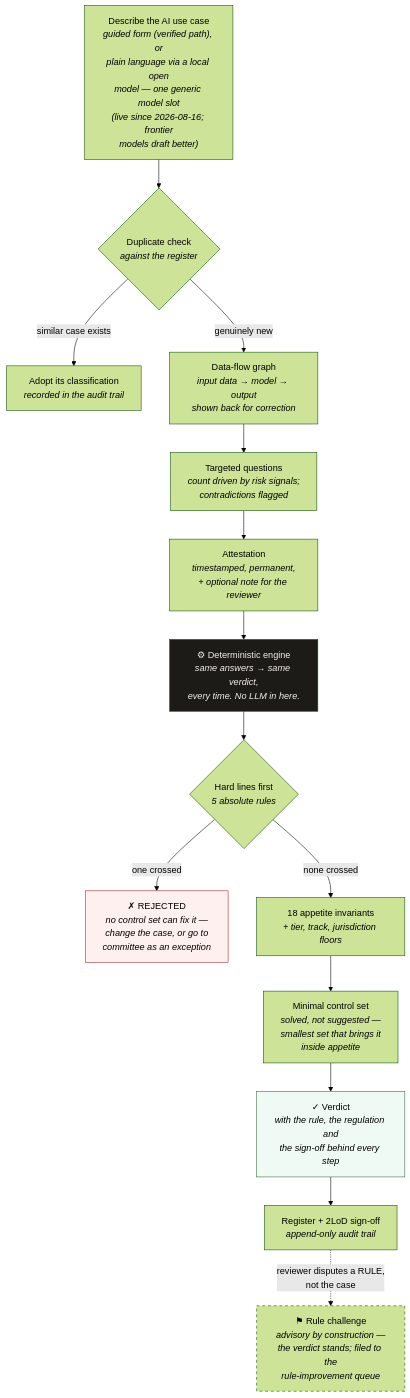
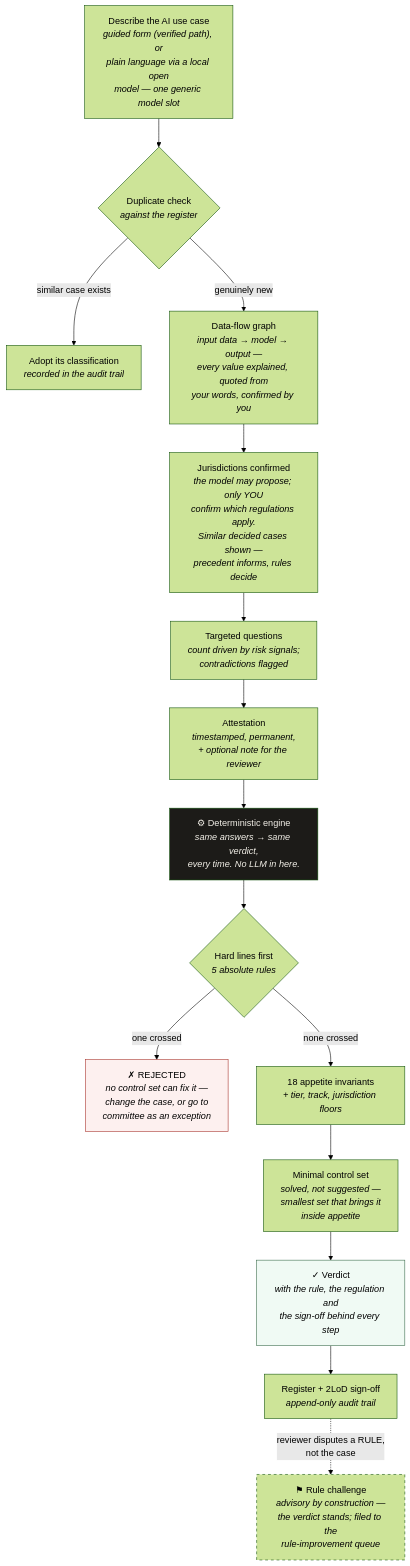
One commit to oza977-max/ai-raf-precheck changed the first of 2 diagrams in README.md. Above: the diagram before and after it, drawn with Mermaid (forest theme). The commit also changed other lines of this file, not shown here.

````diff
--- a/README.md
+++ b/README.md
@@ -40,22 +68,23 @@
 ```mermaid
 flowchart TD
-    A["Describe the AI use case<br/><i>guided form (verified path), or<br/>plain language via a local open<br/>model — one generic model slot<br/>(live since 2026-08-16; frontier<br/>models draft better)</i>"] --> B{"Duplicate check<br/><i>against the register</i>"}
+    A["Describe the AI use case<br/><i>guided form (verified path), or<br/>plain language via a local open<br/>model — one generic model slot</i>"] --> B{"Duplicate check<br/><i>against the register</i>"}
     B -->|"similar case exists"| B1["Adopt its classification<br/><i>recorded in the audit trail</i>"]
-    B -->|"genuinely new"| C["Data-flow graph<br/><i>input data → model → output</i><br/><i>shown back for correction</i>"]
-    C --> D["Targeted questions<br/><i>count driven by risk signals;<br/>contradictions flagged</i>"]
+    B -->|"genuinely new"| C["Data-flow graph<br/><i>input data → model → output —<br/>every value explained, quoted from<br/>your words, confirmed by you</i>"]
+    C --> C2["Jurisdictions confirmed<br/><i>the model may propose; only YOU<br/>confirm which regulations apply.<br/>Similar decided cases shown —<br/>precedent informs, rules decide</i>"]
+    C2 --> D["Targeted questions<br/><i>count driven by risk signals;<br/>contradictions flagged</i>"]
     D --> E["Attestation<br/><i>timestamped, permanent,<br/>+ optional note for the reviewer</i>"]
     E --> F["⚙ Deterministic engine<br/><i>same answers → same verdict,<br/>every time. No LLM in here.</i>"]
 
     F --> G{"Hard lines first<br/><i>5 absolute rules</i>"}
     G -->|"one crossed"| H["✗ REJECTED<br/><i>no control set can fix it —<br/>change the case, or go to<br/>committee as an exception</i>"]
     G -->|"none crossed"| I["18 appetite invariants<br/><i>+ tier, track, jurisdiction floors</i>"]
     I --> J["Minimal control set<br/><i>solved, not suggested —<br/>smallest set that brings it<br/>inside appetite</i>"]
     J --> K["✓ Verdict<br/><i>with the rule, the regulation and<br/>the sign-off behind every step</i>"]
     K --> L["Register + 2LoD sign-off<br/><i>append-only audit trail</i>"]
     L -.->|"reviewer disputes a RULE,<br/>not the case"| M["⚑ Rule challenge<br/><i>advisory by construction —<br/>the verdict stands; filed to the<br/>rule-improvement queue</i>"]
 
     style F fill:#1c1b18,color:#f3f0e8
     style M stroke-dasharray: 5 5
     style H fill:#fdf0ef,stroke:#a8322a
     style K fill:#f0faf4,stroke:#3a6b4a
 ```
````
